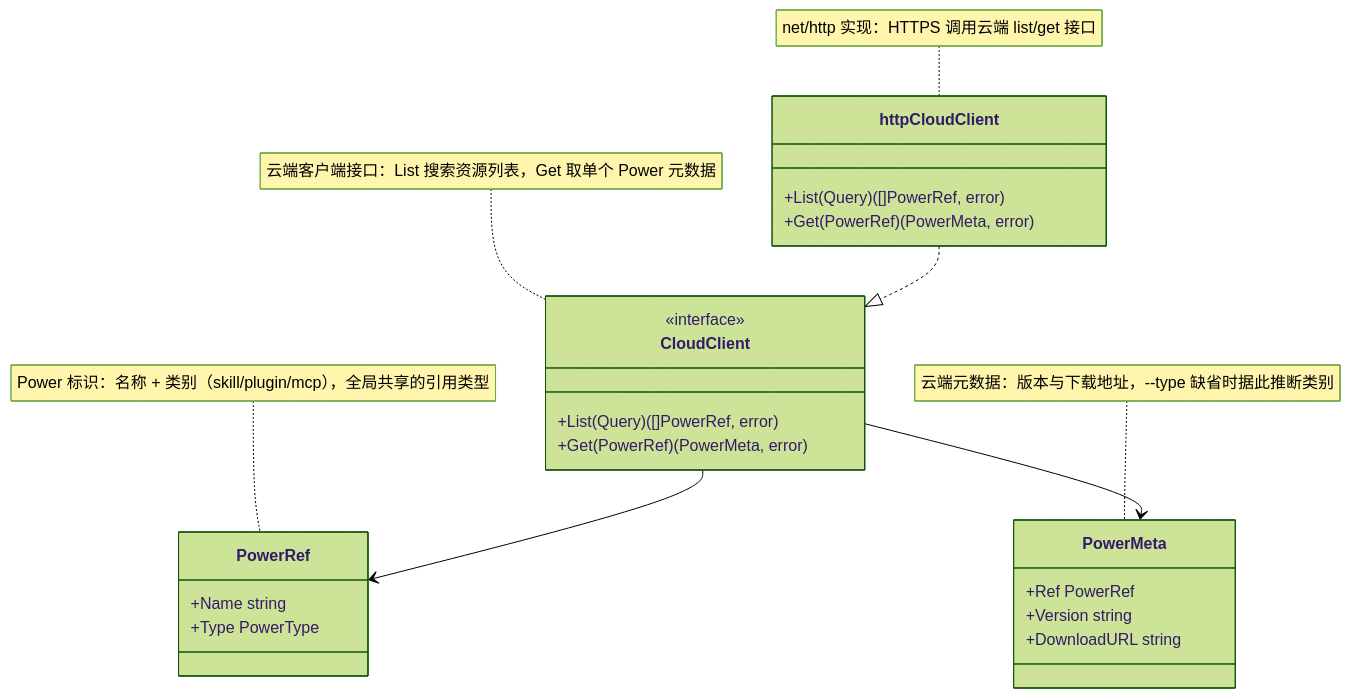
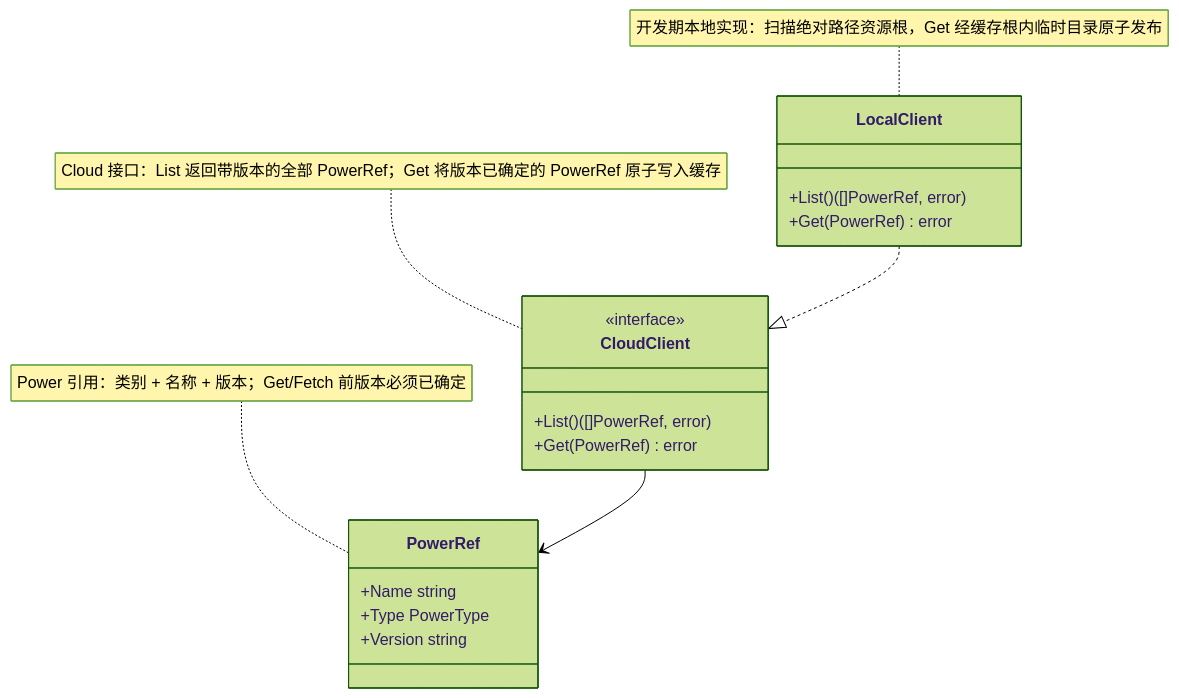
One commit to spacemit-com/agent-power-manager changed the diagram in ivory-tower/c4/components/apm-cli-diagrams/cloud-client.mmd. Above: the diagram before and after it, drawn with Mermaid (forest theme). The commit also changed 13 other files, not shown here.

Commit message:
docs: define local cloud cache feature

```diff
--- a/ivory-tower/c4/components/apm-cli-diagrams/cloud-client.mmd
+++ b/ivory-tower/c4/components/apm-cli-diagrams/cloud-client.mmd
@@ -1,30 +1,23 @@
 classDiagram
-    note for CloudClient "云端客户端接口：List 搜索资源列表，Get 取单个 Power 元数据"
+    note for CloudClient "Cloud 接口：List 返回带版本的全部 PowerRef；Get 将版本已确定的 PowerRef 原子写入缓存"
     class CloudClient {
         <<interface>>
-        +List(Query) ([]PowerRef, error)
-        +Get(PowerRef) (PowerMeta, error)
+        +List() ([]PowerRef, error)
+        +Get(PowerRef) error
     }
 
-    note for PowerRef "Power 标识：名称 + 类别（skill/plugin/mcp），全局共享的引用类型"
+    note for PowerRef "Power 引用：类别 + 名称 + 版本；Get/Fetch 前版本必须已确定"
     class PowerRef {
         +Name string
         +Type PowerType
+        +Version string
     }
 
-    note for PowerMeta "云端元数据：版本与下载地址，--type 缺省时据此推断类别"
-    class PowerMeta {
-        +Ref PowerRef
-        +Version string
-        +DownloadURL string
+    note for LocalClient "开发期本地实现：扫描绝对路径资源根，Get 经缓存根内临时目录原子发布"
+    class LocalClient {
+        +List() ([]PowerRef, error)
+        +Get(PowerRef) error
     }
 
-    note for httpCloudClient "net/http 实现：HTTPS 调用云端 list/get 接口"
-    class httpCloudClient {
-        +List(Query) ([]PowerRef, error)
-        +Get(PowerRef) (PowerMeta, error)
-    }
-
-    httpCloudClient ..|> CloudClient
+    LocalClient ..|> CloudClient
     CloudClient --> PowerRef
-    CloudClient --> PowerMeta
```
